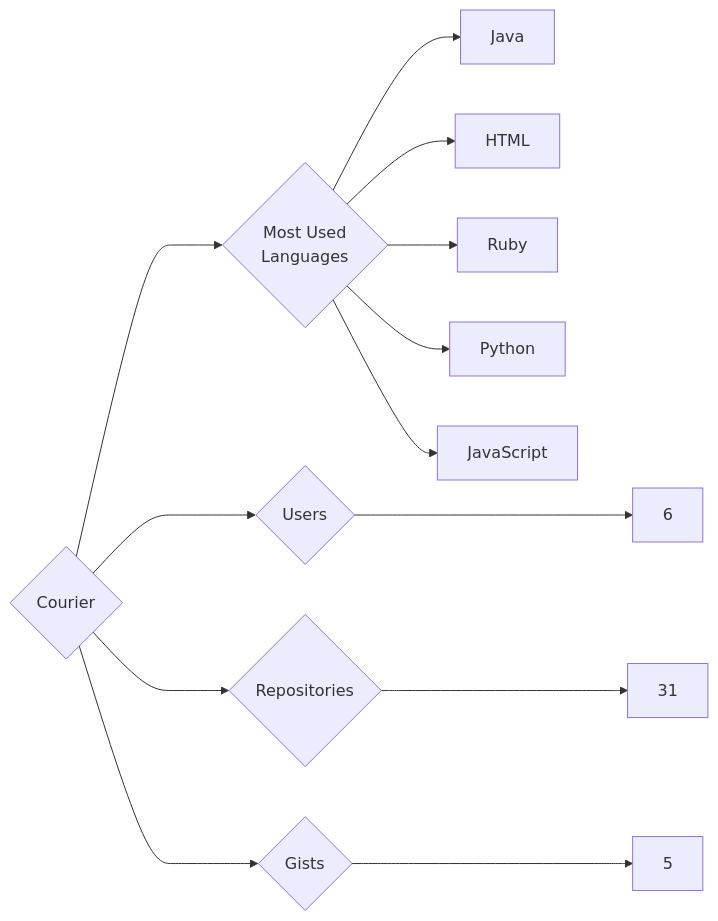
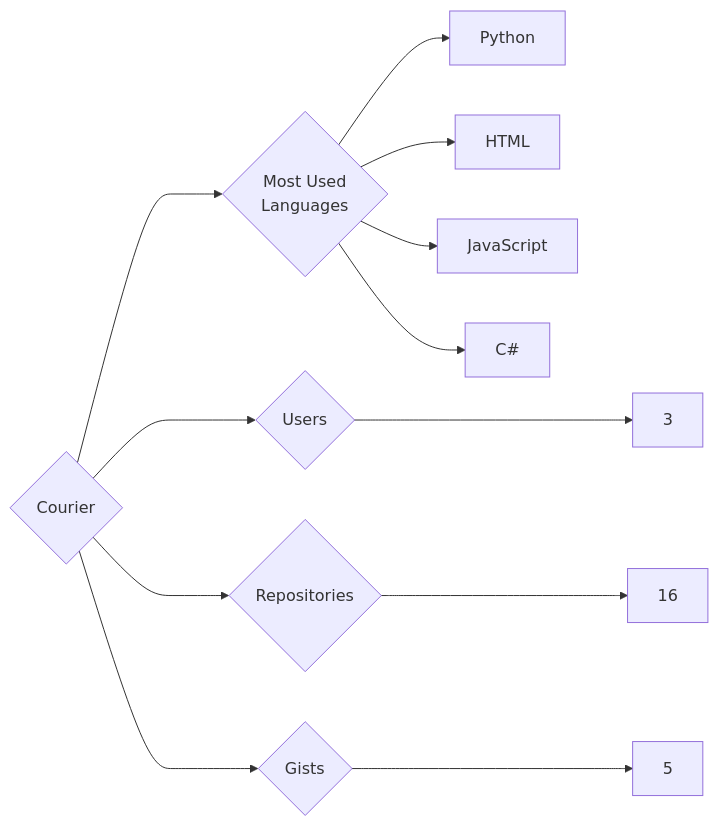
Before and after one commit to trickest/insiders: the diagram in targets/Courier/README.md, drawn with Mermaid. The commit also changed 1088 other files, not shown here.

````diff
--- a/targets/Courier/README.md
+++ b/targets/Courier/README.md
@@ -3,13 +3,12 @@
 ```mermaid
 graph LR
 COMPANY_NAME{Courier}
-COMPANY_NAME ---> U{Users} ---> UN[6]
-COMPANY_NAME ---> R{Repositories} ---> RN[31]
+COMPANY_NAME ---> U{Users} ---> UN[3]
+COMPANY_NAME ---> R{Repositories} ---> RN[16]
 COMPANY_NAME ---> G{Gists} ---> GN[5]
 COMPANY_NAME ---> ML{Most Used<br>Languages}
-ML --> Java[Java]
+ML --> Python[Python]
 ML --> HTML[HTML]
-ML --> Ruby[Ruby]
-ML --> Python[Python]
 ML --> JavaScript[JavaScript]
+ML --> C#[C#]
 ```
````
